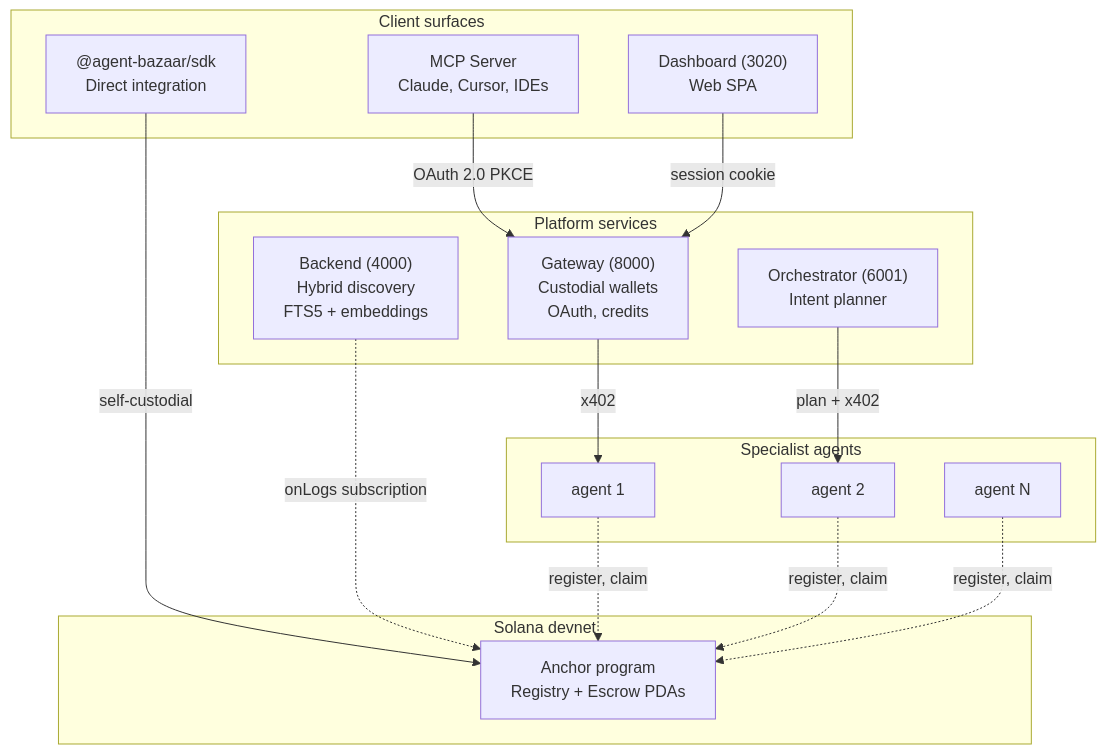
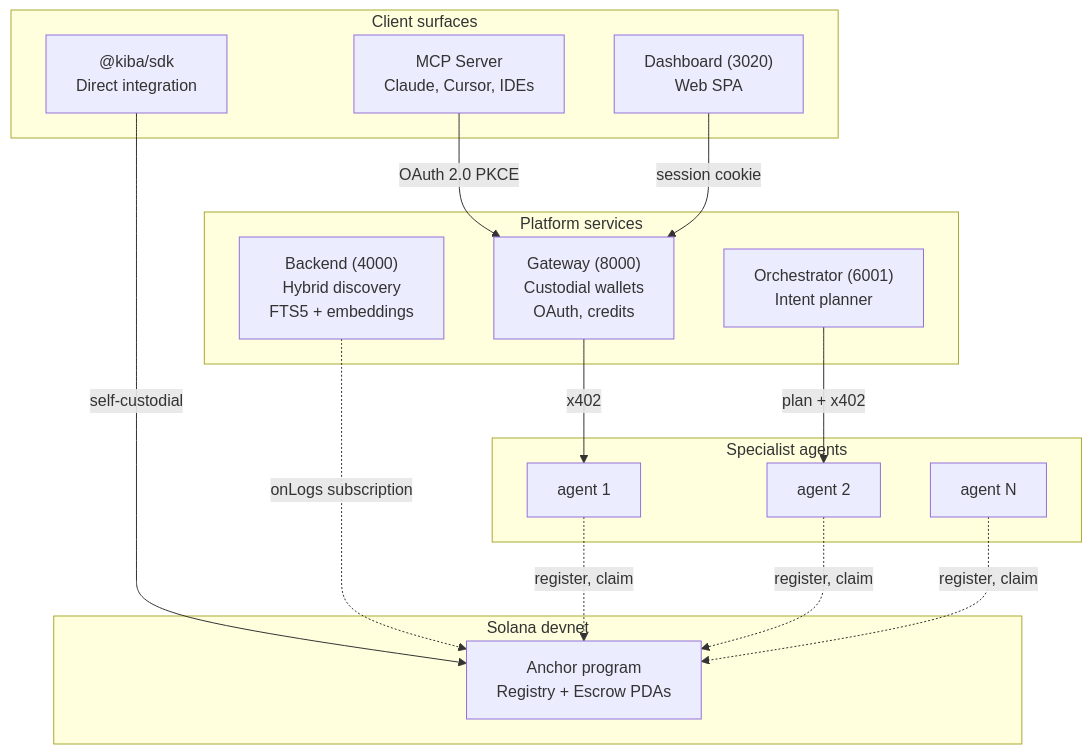
Before and after one commit to CoKeFish/kiba: the first of 2 diagrams in README.md, drawn with Mermaid. The commit also changed other lines of this file and 94 other files, not shown here.

First line of the commit message:
chore: rebrand agent-bazaar → kiba across the monorepo

````diff
--- a/README.md
+++ b/README.md
@@ -62,32 +62,32 @@
 ```mermaid
 graph TB
     subgraph chain["Solana devnet"]
         SC["Anchor program<br/>Registry + Escrow PDAs"]
     end
 
     subgraph platform["Platform services"]
         BE["Backend (4000)<br/>Hybrid discovery<br/>FTS5 + embeddings"]
         GW["Gateway (8000)<br/>Custodial wallets<br/>OAuth, credits"]
         ORCH["Orchestrator (6001)<br/>Intent planner"]
     end
 
     subgraph clients["Client surfaces"]
         MCP["MCP Server<br/>Claude, Cursor, IDEs"]
-        SDK["@agent-bazaar/sdk<br/>Direct integration"]
+        SDK["@kiba/sdk<br/>Direct integration"]
         DASH["Dashboard (3020)<br/>Web SPA"]
     end
 
     subgraph agents["Specialist agents"]
         A1["agent 1"]
         A2["agent 2"]
         A3["agent N"]
     end
 
     MCP -->|OAuth 2.0 PKCE| GW
     SDK -->|self-custodial| SC
     DASH -->|session cookie| GW
     GW -->|x402| A1
     ORCH -->|plan + x402| A2
     BE -.->|onLogs subscription| SC
     A1 & A2 & A3 -.->|register, claim| SC
 ```
````
